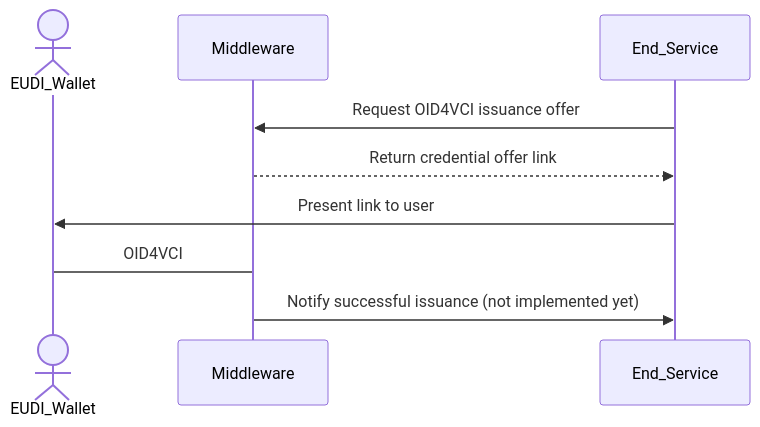
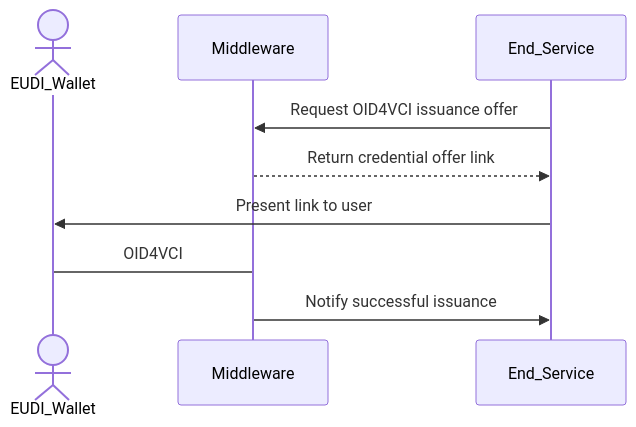
One commit to openwallet-foundation-labs/eudiplo changed the diagram in docs/getting-started/issuance.md. Above: the diagram before and after it, drawn with Mermaid. The commit also changed other lines of this file and 6 other files, not shown here.

````diff
--- a/docs/getting-started/issuance.md
+++ b/docs/getting-started/issuance.md
@@ -50,12 +50,12 @@
 ```mermaid
 sequenceDiagram
 actor EUDI_Wallet
 participant Middleware
 participant End_Service
 
 End_Service ->> Middleware : Request OID4VCI issuance offer
 Middleware -->> End_Service : Return credential offer link
 End_Service ->> EUDI_Wallet : Present link to user
 Middleware -> EUDI_Wallet : OID4VCI
-Middleware ->> End_Service : Notify successful issuance (not implemented yet)
+Middleware ->> End_Service : Notify successful issuance
 ```
````
